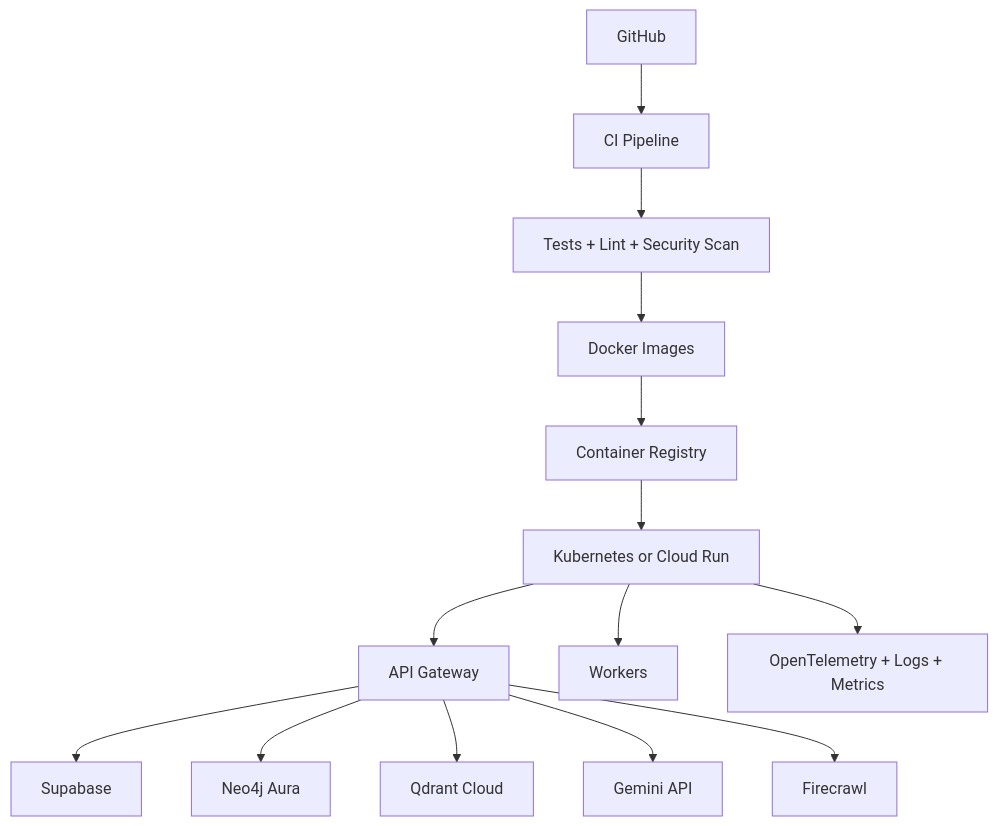
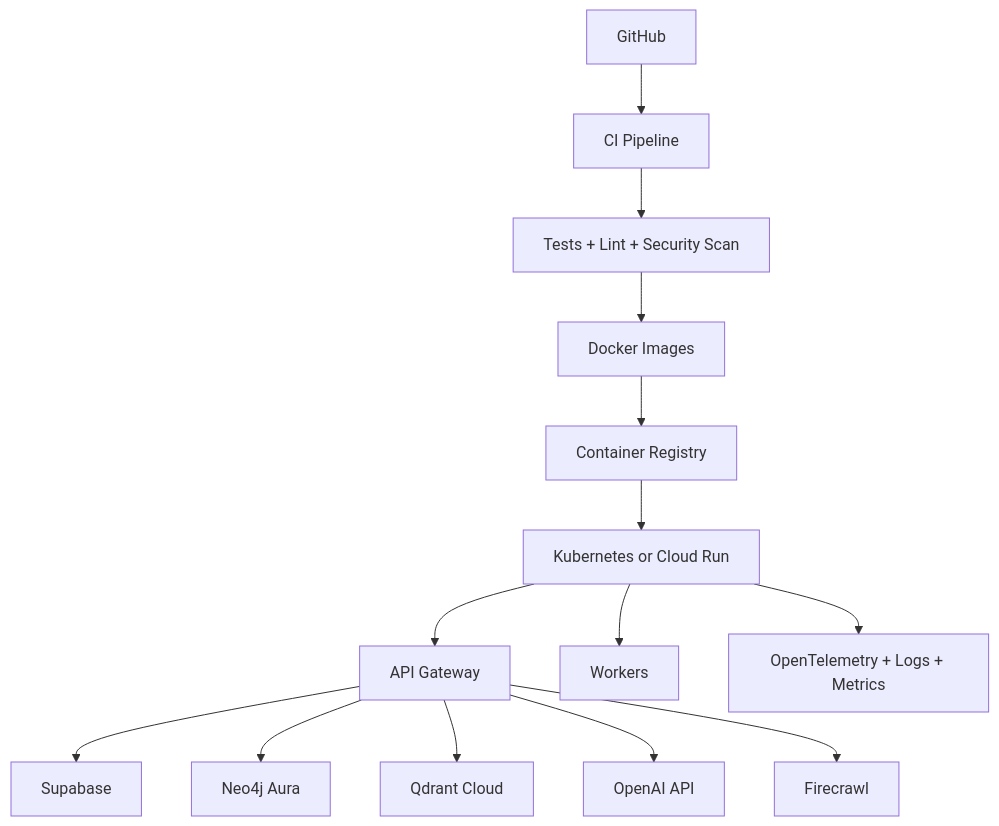
Diagram 14 of 16 in docs/alter_unicorn_launch_blueprint.md (Induj1/alterAI), drawn with Mermaid before and after one commit. The commit also changed other lines of this file and 24 other files, not shown here.

````diff
--- a/docs/alter_unicorn_launch_blueprint.md
+++ b/docs/alter_unicorn_launch_blueprint.md
@@ -587,16 +587,16 @@
 ```mermaid
 flowchart TD
   GH["GitHub"] --> CI["CI Pipeline"]
   CI --> TEST["Tests + Lint + Security Scan"]
   TEST --> IMG["Docker Images"]
   IMG --> REG["Container Registry"]
   REG --> K8S["Kubernetes or Cloud Run"]
   K8S --> API["API Gateway"]
   K8S --> WORKERS["Workers"]
   API --> SUPA["Supabase"]
   API --> NEO["Neo4j Aura"]
   API --> QDR["Qdrant Cloud"]
-  API --> GEM["Gemini API"]
+  API --> OAI["OpenAI API"]
   API --> FIRE["Firecrawl"]
   K8S --> OBS["OpenTelemetry + Logs + Metrics"]
 ```
````
